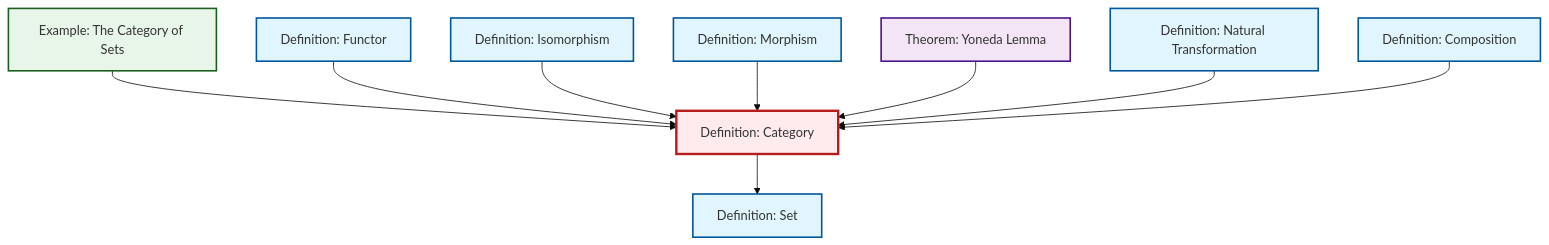
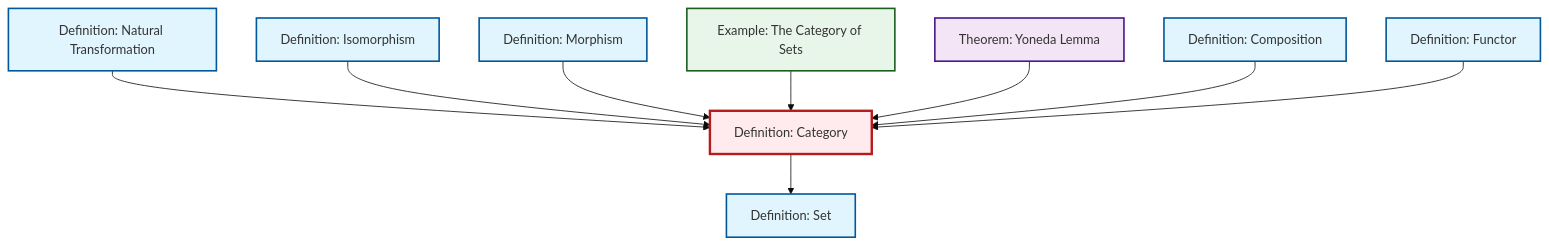
One commit to RK0429/ModernMath changed the diagram in content/en/category-theory/def-category.qmd. Above: the diagram before and after it, drawn with Mermaid (base theme). The commit also changed other lines of this file and 530 other files, not shown here.

````diff
--- a/content/en/category-theory/def-category.qmd
+++ b/content/en/category-theory/def-category.qmd
@@ -46,35 +46,35 @@
 ```{mermaid}
 %%| fig-cap: "Local dependency graph"
 graph TD
     classDef definition fill:#e1f5fe,stroke:#01579b,stroke-width:2px
     classDef theorem fill:#f3e5f5,stroke:#4a148c,stroke-width:2px
     classDef axiom fill:#fff3e0,stroke:#e65100,stroke-width:2px
     classDef example fill:#e8f5e9,stroke:#1b5e20,stroke-width:2px
     classDef current fill:#ffebee,stroke:#b71c1c,stroke-width:3px
+    def-composition["Definition: Composition"]:::definition
+    def-isomorphism["Definition: Isomorphism"]:::definition
+    thm-yoneda["Theorem: Yoneda Lemma"]:::theorem
+    def-category["Definition: Category"]:::definition
     def-set["Definition: Set"]:::definition
-    def-category["Definition: Category"]:::definition
-    thm-yoneda["Theorem: Yoneda Lemma"]:::theorem
-    def-natural-transformation["Definition: Natural Transformation"]:::definition
+    ex-set-category["Example: The Category of Sets"]:::example
     def-functor["Definition: Functor"]:::definition
     def-morphism["Definition: Morphism"]:::definition
-    def-composition["Definition: Composition"]:::definition
-    ex-set-category["Example: The Category of Sets"]:::example
-    def-isomorphism["Definition: Isomorphism"]:::definition
-    ex-set-category --> def-category
-    def-functor --> def-category
+    def-natural-transformation["Definition: Natural Transformation"]:::definition
+    def-natural-transformation --> def-category
+    def-category --> def-set
     def-isomorphism --> def-category
     def-morphism --> def-category
+    ex-set-category --> def-category
     thm-yoneda --> def-category
-    def-natural-transformation --> def-category
-    def-category --> def-set
     def-composition --> def-category
+    def-functor --> def-category
     class def-category current
+    click def-composition "def-composition.html" "Go to Composition definition"
+    click def-isomorphism "def-isomorphism.html" "Go to Isomorphism definition"
+    click thm-yoneda "thm-yoneda.html" "Go to Yoneda Lemma theorem"
     click def-set "def-set.html" "Go to Set definition"
-    click thm-yoneda "thm-yoneda.html" "Go to Yoneda Lemma theorem"
-    click def-natural-transformation "def-natural-transformation.html" "Go to Natural Transformation definition"
+    click ex-set-category "ex-set-category.html" "Go to The Category of Sets example"
     click def-functor "def-functor.html" "Go to Functor definition"
     click def-morphism "def-morphism.html" "Go to Morphism definition"
-    click def-composition "def-composition.html" "Go to Composition definition"
-    click ex-set-category "ex-set-category.html" "Go to The Category of Sets example"
-    click def-isomorphism "def-isomorphism.html" "Go to Isomorphism definition"
+    click def-natural-transformation "def-natural-transformation.html" "Go to Natural Transformation definition"
 ```
````
